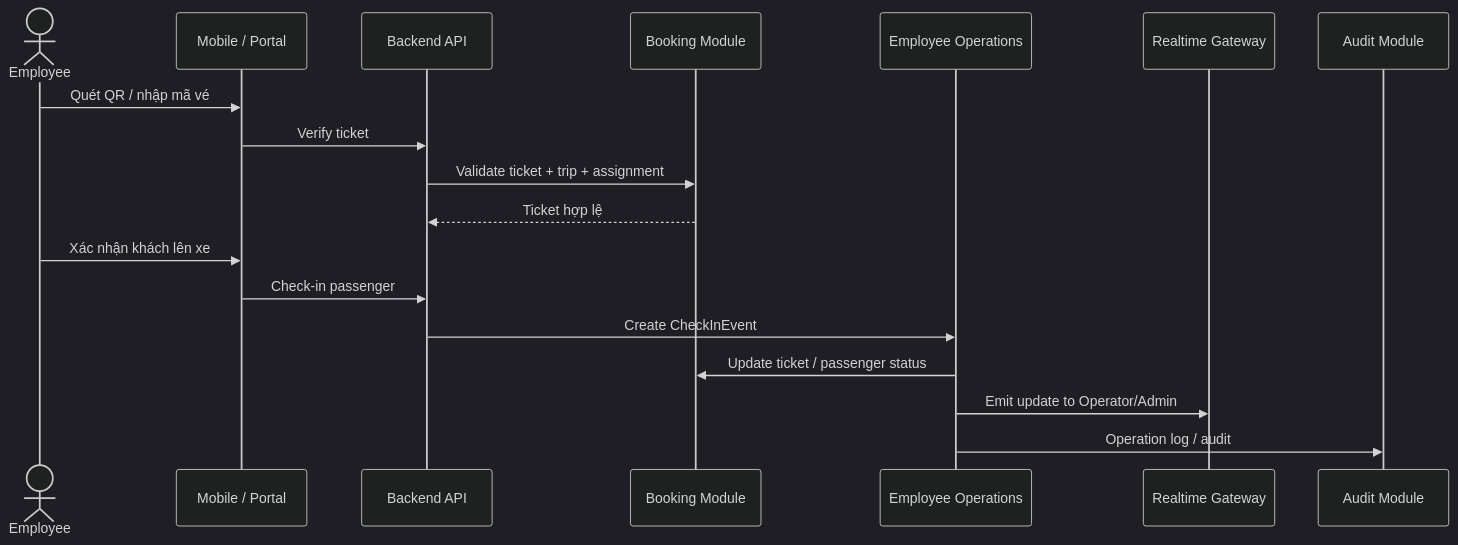
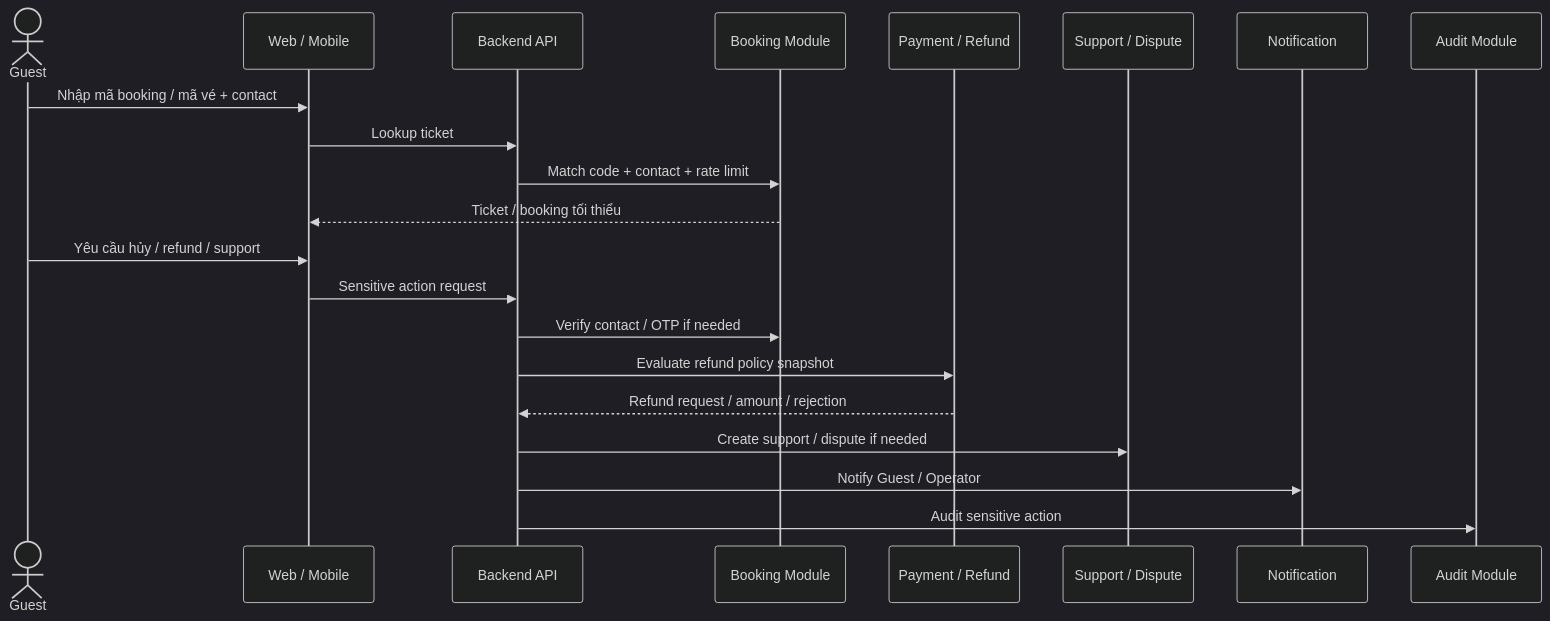
One commit to nhkhanhyn0410/Ve_Xe_Nhanh_NestJS_NextJs_ReactNative changed the fourth of 8 diagrams in doc/vi/SDLC/02-hld-he-thong-dat-ve-xe-khach.md. Above: the diagram before and after it, drawn with Mermaid (dark theme). The commit also changed other lines of this file and 3 other files, not shown here.

````diff
--- a/doc/vi/SDLC/02-hld-he-thong-dat-ve-xe-khach.md
+++ b/doc/vi/SDLC/02-hld-he-thong-dat-ve-xe-khach.md
@@ -318,21 +604,24 @@
 ```mermaid
 sequenceDiagram
-    actor E as Employee
-    participant M as Mobile / Portal
+    actor G as Guest
+    participant FE as Web / Mobile
     participant API as Backend API
     participant B as Booking Module
-    participant O as Employee Operations
-    participant RT as Realtime Gateway
+    participant P as Payment / Refund
+    participant S as Support / Dispute
+    participant N as Notification
     participant A as Audit Module
 
-    E->>M: Quét QR / nhập mã vé
-    M->>API: Verify ticket
-    API->>B: Validate ticket + trip + assignment
-    B-->>API: Ticket hợp lệ
-    E->>M: Xác nhận khách lên xe
-    M->>API: Check-in passenger
-    API->>O: Create CheckInEvent
-    O->>B: Update ticket / passenger status
-    O->>RT: Emit update to Operator/Admin
-    O->>A: Operation log / audit
+    G->>FE: Nhập mã booking / mã vé + contact
+    FE->>API: Lookup ticket
+    API->>B: Match code + contact + rate limit
+    B-->>FE: Ticket / booking tối thiểu
+    G->>FE: Yêu cầu hủy / refund / support
+    FE->>API: Sensitive action request
+    API->>B: Verify contact / OTP if needed
+    API->>P: Evaluate refund policy snapshot
+    P-->>API: Refund request / amount / rejection
+    API->>S: Create support / dispute if needed
+    API->>N: Notify Guest / Operator
+    API->>A: Audit sensitive action
 ```
````
